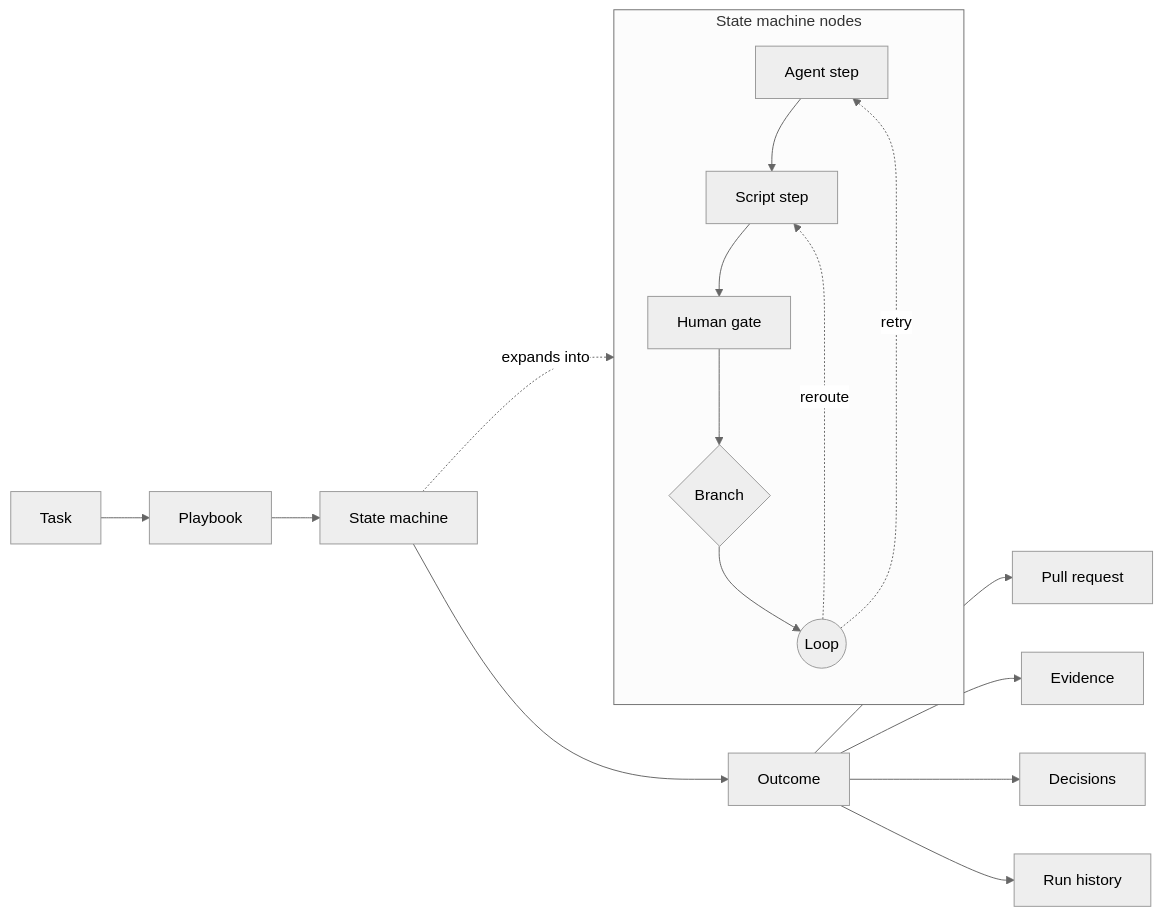
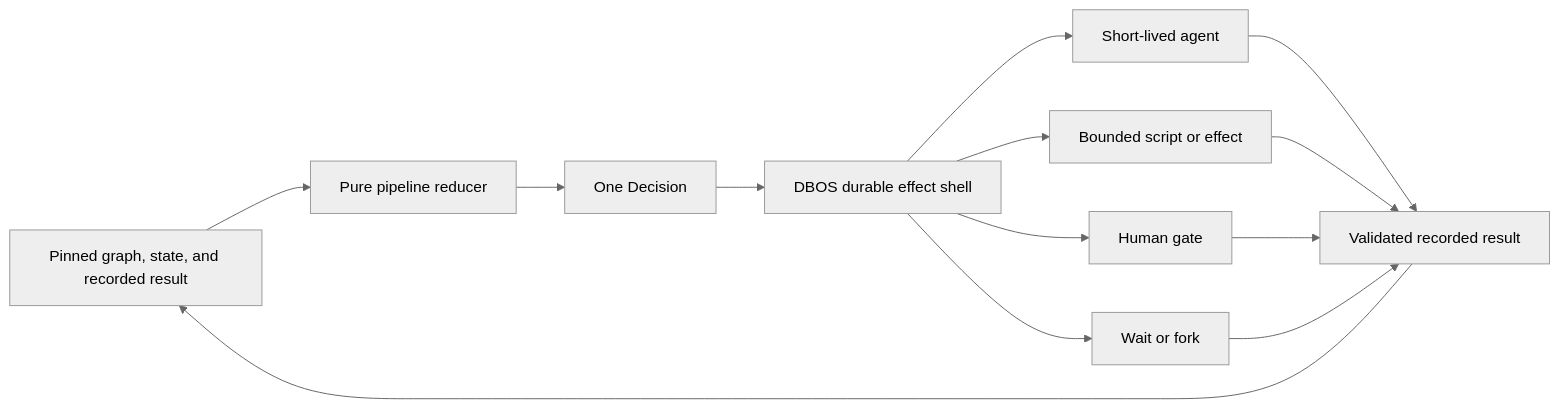
Before and after one commit to revisium/orchestrator: the first of 2 diagrams in docs/architecture-overview.md, drawn with Mermaid (neutral theme). The commit also changed other lines of this file and 34 other files, not shown here.

Commit message:
docs: align Revo architecture contracts (#320)

````diff
--- a/docs/architecture-overview.md
+++ b/docs/architecture-overview.md
@@ -19,22 +28,23 @@
 ```mermaid
 flowchart LR
-  task[Task]
-  playbook[Playbook]
-  machine[State machine]
-  outcome[Outcome]
+  input[Pinned graph, state, and recorded result]
+  core[Pure pipeline reducer]
+  decision[One Decision]
+  shell[DBOS durable effect shell]
+  agent[Short-lived agent]
+  effect[Bounded script or effect]
+  gate[Human gate]
+  wait[Wait or fork]
+  recorded[Validated recorded result]
 
-  task --> playbook --> machine --> outcome
-
-  subgraph nodes[State machine nodes]
-    agent[Agent step] --> script[Script step] --> gate[Human gate] --> branch{Branch}
-    branch --> loop((Loop))
-    loop -. retry .-> agent
-    loop -. reroute .-> script
-  end
-
-  machine -. expands into .-> nodes
-  outcome --> pr[Pull request]
-  outcome --> evidence[Evidence]
-  outcome --> decisions[Decisions]
-  outcome --> history[Run history]
+  input --> core --> decision --> shell
+  shell --> agent
+  shell --> effect
+  shell --> gate
+  shell --> wait
+  agent --> recorded
+  effect --> recorded
+  gate --> recorded
+  wait --> recorded
+  recorded --> input
 ```
````
